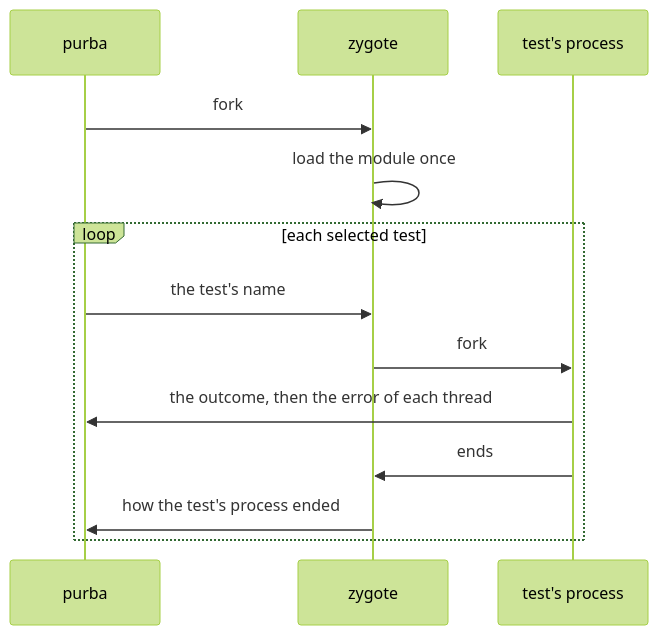
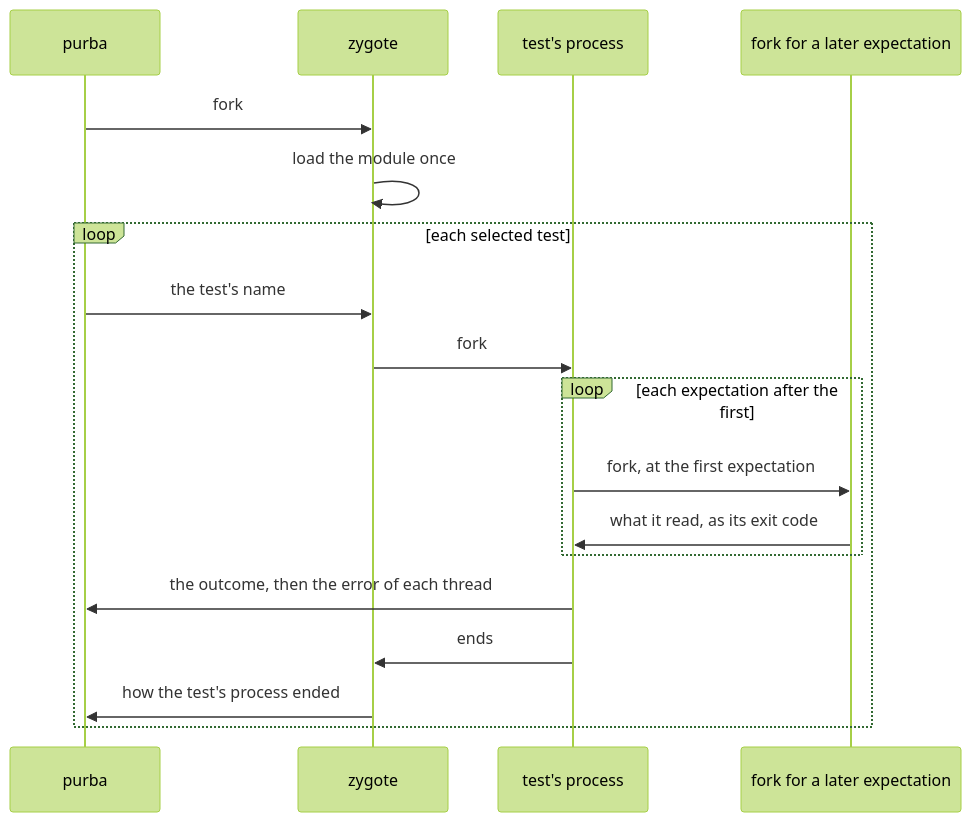
Before and after one commit to kalonji-tools/purba: the diagram in docs/decisions/each-test-runs-in-a-process-of-its-own.md, drawn with Mermaid (forest theme). The commit also changed other lines of this file and 21 other files, not shown here.

First line of the commit message:
docs(decisions): read each expectation of a test, and count cases (#989)

````diff
--- a/docs/decisions/each-test-runs-in-a-process-of-its-own.md
+++ b/docs/decisions/each-test-runs-in-a-process-of-its-own.md
@@ -41,15 +42,20 @@
 ```mermaid
 sequenceDiagram
   participant purba
   participant zygote
   participant test as test's process
+  participant alone as fork for a later expectation
   purba->>zygote: fork
   zygote->>zygote: load the module once
   loop each selected test
     purba->>zygote: the test's name
     zygote->>test: fork
+    loop each expectation after the first
+      test->>alone: fork, at the first expectation
+      alone->>test: what it read, as its exit code
+    end
     test->>purba: the outcome, then the error of each thread
     test->>zygote: ends
     zygote->>purba: how the test's process ended
   end
 ```
````
